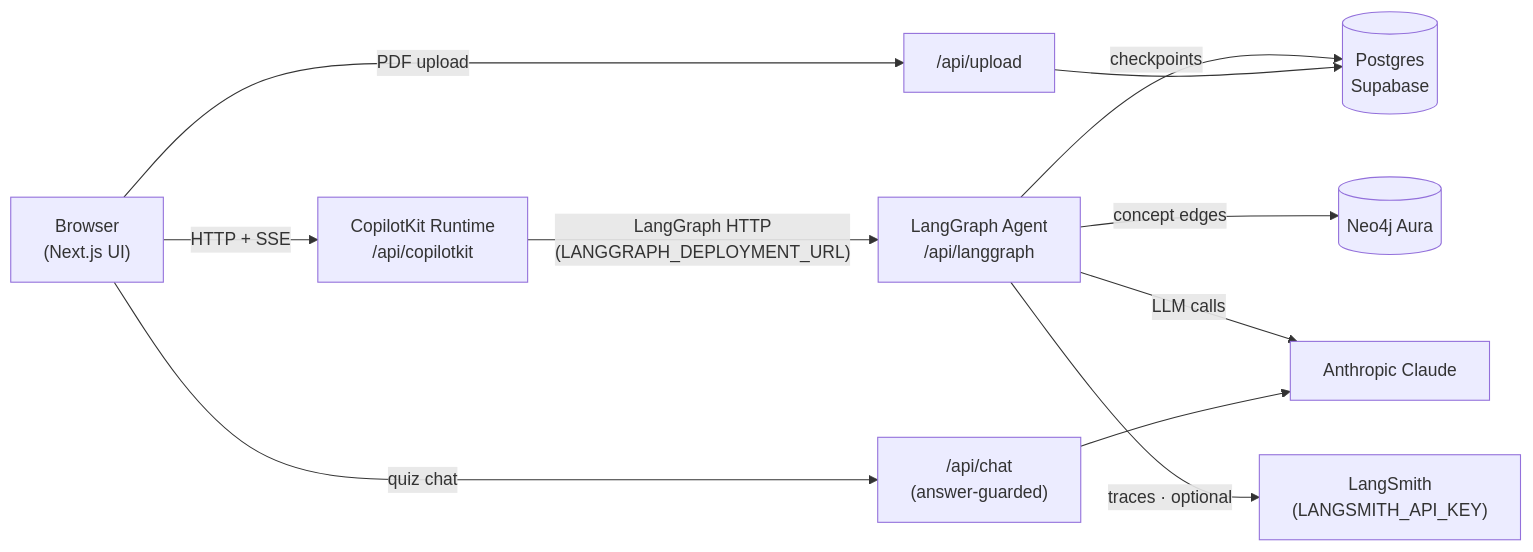
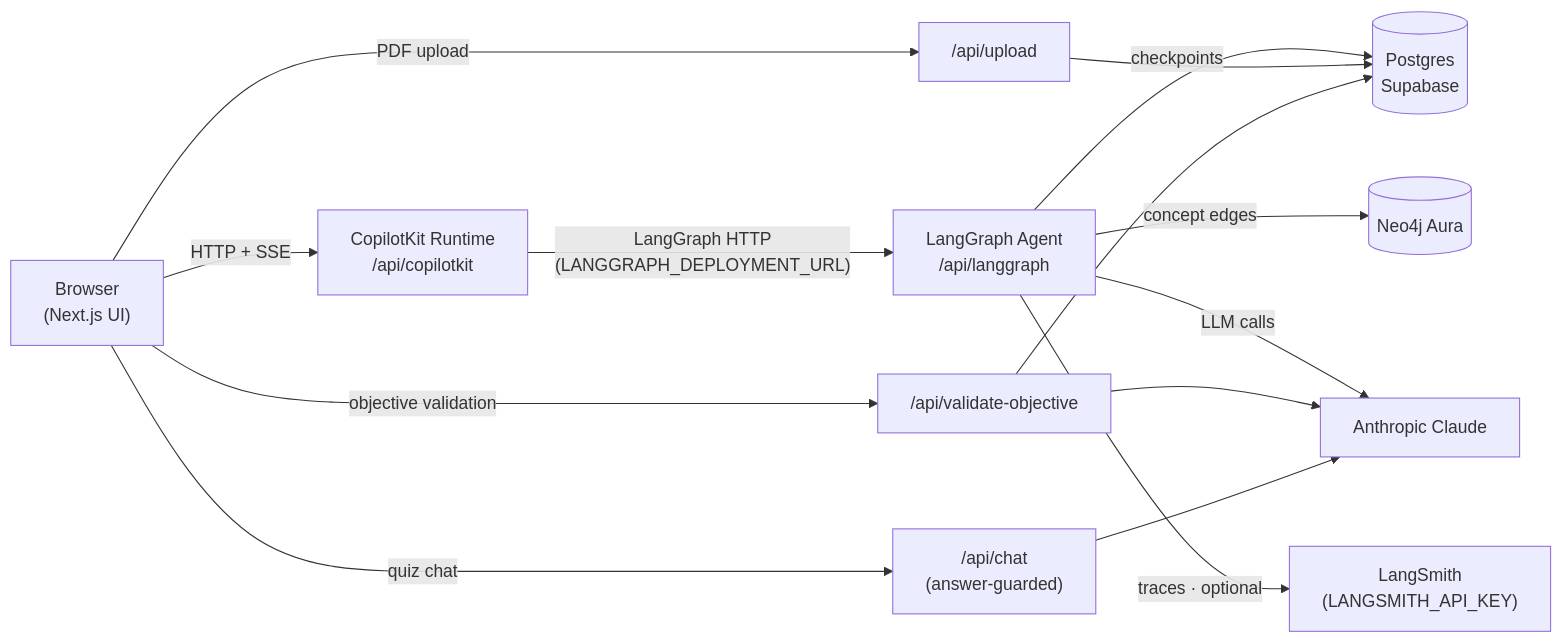
The first of 2 diagrams in README.md (harshithasompura/ai-lesson-agent), drawn with Mermaid before and after one commit. The commit also changed other lines of this file and 13 other files, not shown here.

````diff
--- a/README.md
+++ b/README.md
@@ -41,13 +60,16 @@
 ```mermaid
 graph LR
     Browser["Browser\n(Next.js UI)"] -->|HTTP + SSE| CK["CopilotKit Runtime\n/api/copilotkit"]
     CK -->|"LangGraph HTTP\n(LANGGRAPH_DEPLOYMENT_URL)"| Graph["LangGraph Agent\n/api/langgraph"]
     Graph -->|checkpoints| PG[("Postgres\nSupabase")]
     Graph -->|concept edges| Neo4j[("Neo4j Aura")]
     Graph -->|LLM calls| Claude["Anthropic Claude"]
     Graph -->|traces · optional| LS["LangSmith\n(LANGSMITH_API_KEY)"]
     Browser -->|PDF upload| Upload["/api/upload"]
     Upload --> PG
+    Browser -->|objective validation| VObjAPI["/api/validate-objective"]
+    VObjAPI --> Claude
+    VObjAPI --> PG
     Browser -->|quiz chat| Chat["/api/chat\n(answer-guarded)"]
     Chat --> Claude
 ```
````
